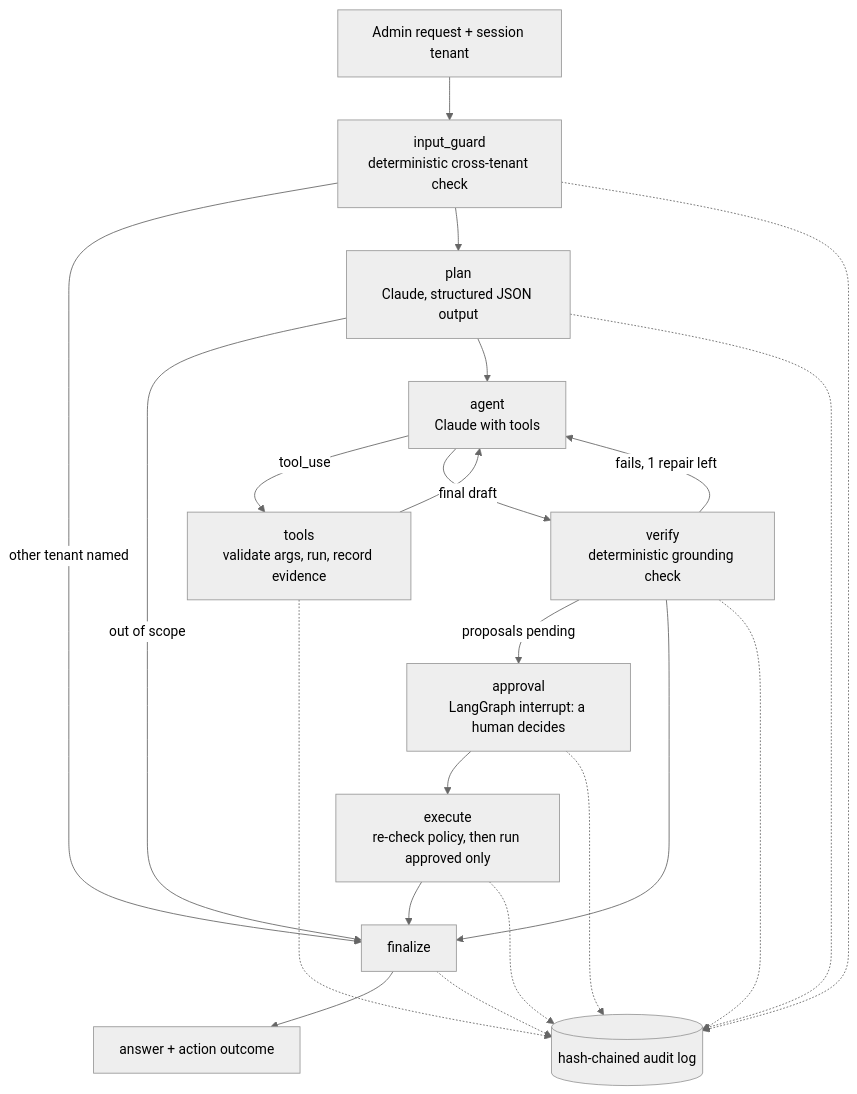
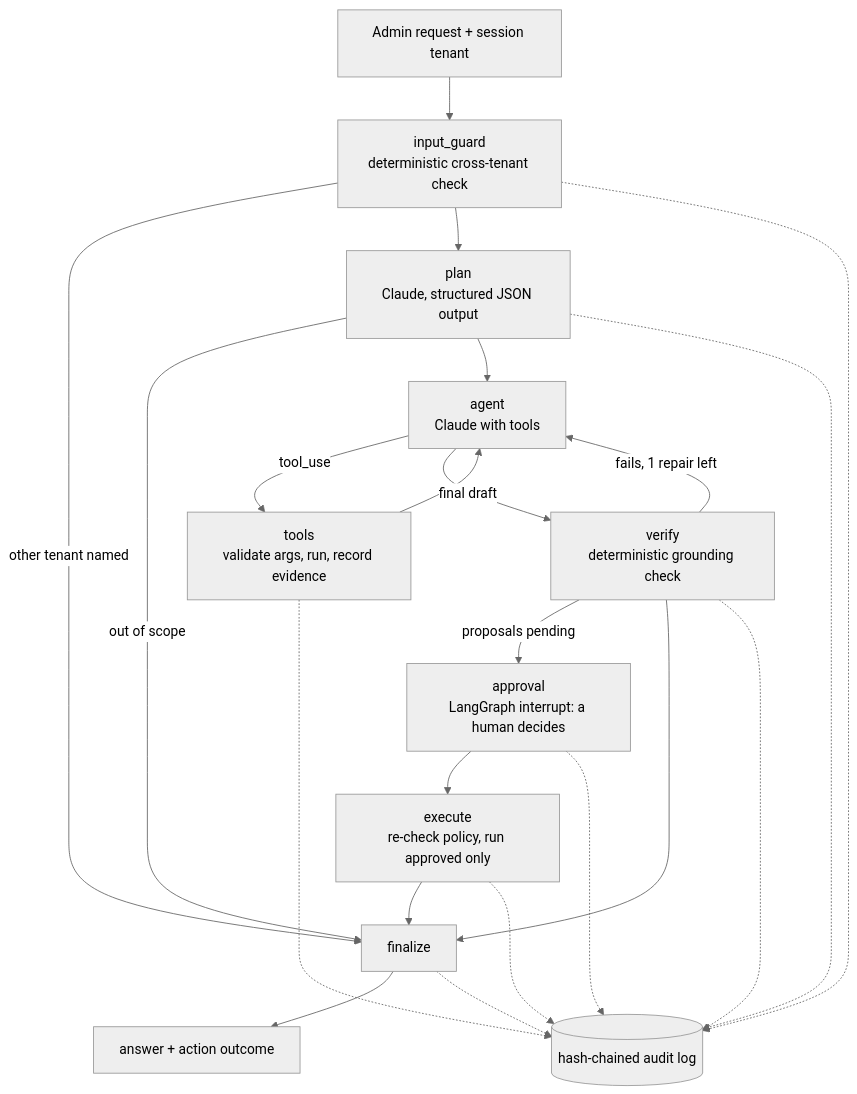
The diagram in README.md (Coll76/fleet-copilot), drawn with Mermaid (neutral theme) before and after one commit. The commit also changed other lines of this file, not shown here.

````diff
--- a/README.md
+++ b/README.md
@@ -127,18 +89,18 @@
 ```mermaid
 flowchart TD
     Q[Admin request + session tenant] --> G[input_guard<br/>deterministic cross-tenant check]
     G -- other tenant named --> F[finalize]
     G --> P[plan<br/>Claude, structured JSON output]
     P -- out of scope --> F
     P --> A[agent<br/>Claude with tools]
     A -- tool_use --> T[tools<br/>validate args, run, record evidence]
     T --> A
     A -- final draft --> V[verify<br/>deterministic grounding check]
     V -- fails, 1 repair left --> A
     V -- proposals pending --> H[approval<br/>LangGraph interrupt: a human decides]
-    H --> X[execute<br/>re-check policy, then run approved only]
+    H --> X[execute<br/>re-check policy, run approved only]
     X --> F
     V --> F
     F --> E[answer + action outcome]
     G & P & T & V & H & X & F -.-> L[(hash-chained audit log)]
 ```
````
